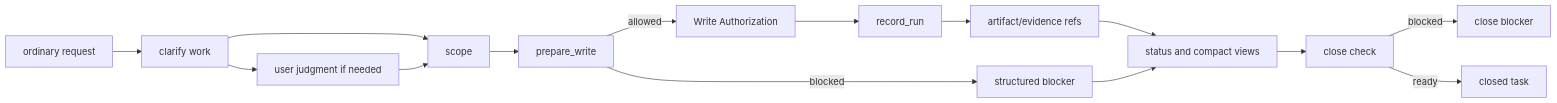
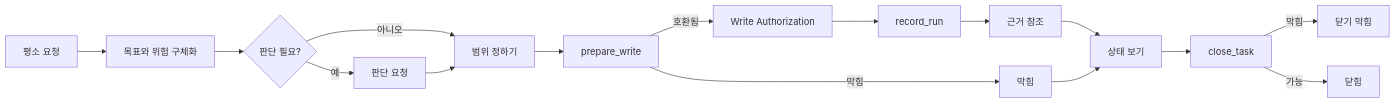
The diagram in docs/ko/build/runtime-walkthrough.md (minjungw00/Harness_Project), drawn with Mermaid before and after one commit. The commit also changed 15 other files, not shown here.

Commit message:
docs: simplify and audit Harness diagrams

````diff
--- a/docs/ko/build/runtime-walkthrough.md
+++ b/docs/ko/build/runtime-walkthrough.md
@@ -25,17 +25,18 @@
 ```mermaid
 flowchart LR
-  Request["ordinary request"] --> Clarify["clarify work"]
-  Clarify --> Judgment["user judgment if needed"]
-  Clarify --> Scope["scope"]
-  Judgment --> Scope
+  Request["평소 요청"] --> Clarify["목표와 위험 구체화"]
+  Clarify --> Judgment{"판단 필요?"}
+  Judgment -->|예| Ask["판단 요청"]
+  Judgment -->|아니오| Scope["범위 정하기"]
+  Ask --> Scope
   Scope --> Prepare["prepare_write"]
-  Prepare -->|allowed| Auth["Write Authorization"]
-  Prepare -->|blocked| Blocker["structured blocker"]
+  Prepare -->|호환됨| Auth["Write Authorization"]
+  Prepare -->|막힘| Blocker["막힘"]
   Auth --> Run["record_run"]
-  Run --> Evidence["artifact/evidence refs"]
-  Evidence --> Status["status and compact views"]
+  Run --> Evidence["근거 참조"]
+  Evidence --> Status["상태 보기"]
   Blocker --> Status
-  Status --> CloseCheck["close check"]
-  CloseCheck -->|blocked| CloseBlocker["close blocker"]
-  CloseCheck -->|ready| Closed["closed task"]
+  Status --> CloseCheck["close_task"]
+  CloseCheck -->|막힘| CloseBlocker["닫기 막힘"]
+  CloseCheck -->|가능| Closed["닫힘"]
 ```
````
